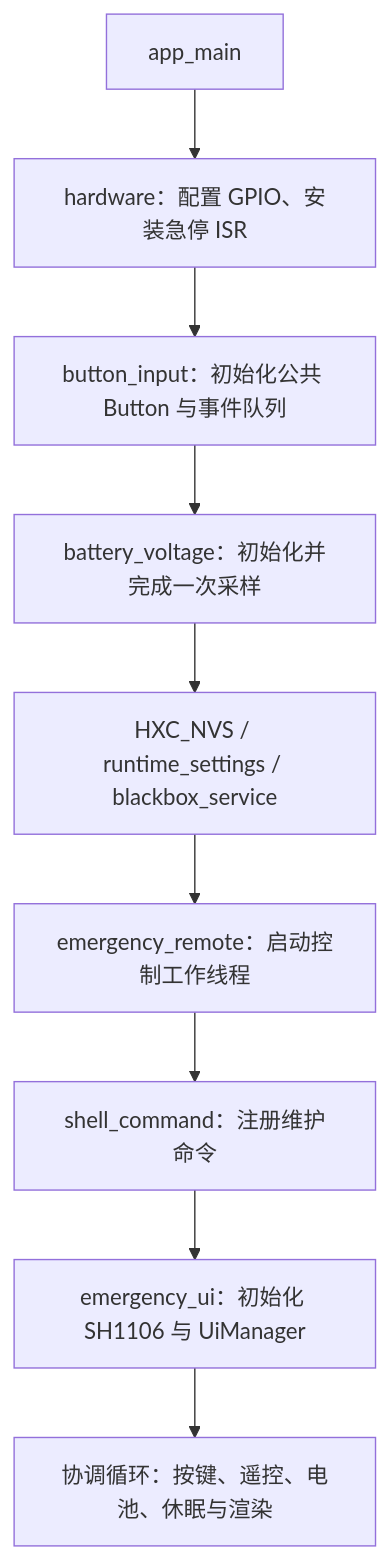
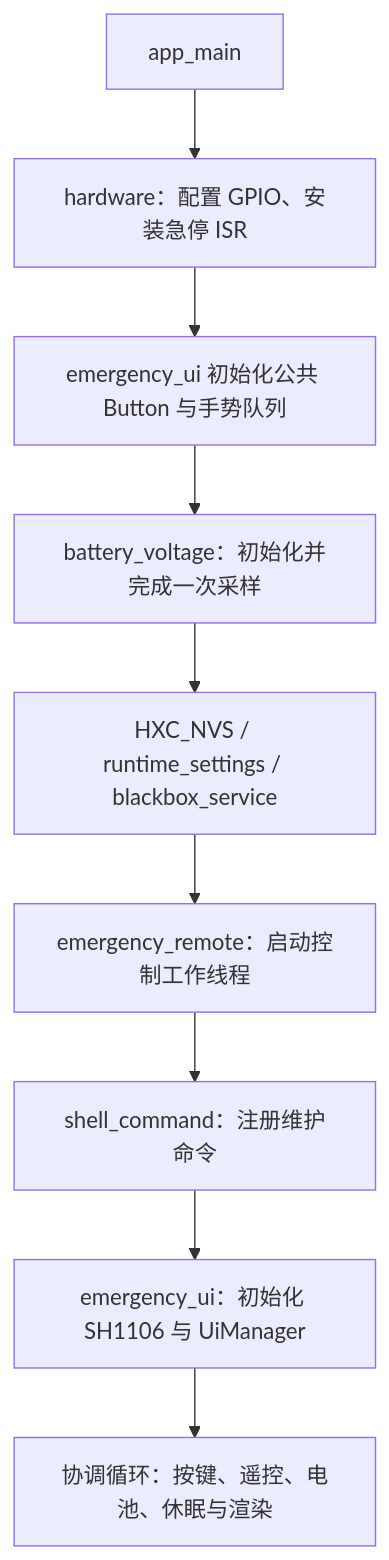
The second of 3 diagrams in README.md (qingmeijiupiao/Wireless_power_emergency_stop), drawn with Mermaid before and after one commit. The commit also changed other lines of this file and 22 other files, not shown here.

````diff
--- a/README.md
+++ b/README.md
@@ -67,11 +67,11 @@
 ```mermaid
 flowchart TD
     Start["app_main"] --> HW["hardware：配置 GPIO、安装急停 ISR"]
-    HW --> Button["button_input：初始化公共 Button 与事件队列"]
+    HW --> Button["emergency_ui 初始化公共 Button 与手势队列"]
     Button --> Battery["battery_voltage：初始化并完成一次采样"]
     Battery --> Storage["HXC_NVS / runtime_settings / blackbox_service"]
     Storage --> Remote["emergency_remote：启动控制工作线程"]
     Remote --> Shell["shell_command：注册维护命令"]
     Shell --> UI["emergency_ui：初始化 SH1106 与 UiManager"]
     UI --> Loop["协调循环：按键、遥控、电池、休眠与渲染"]
 ```
````
